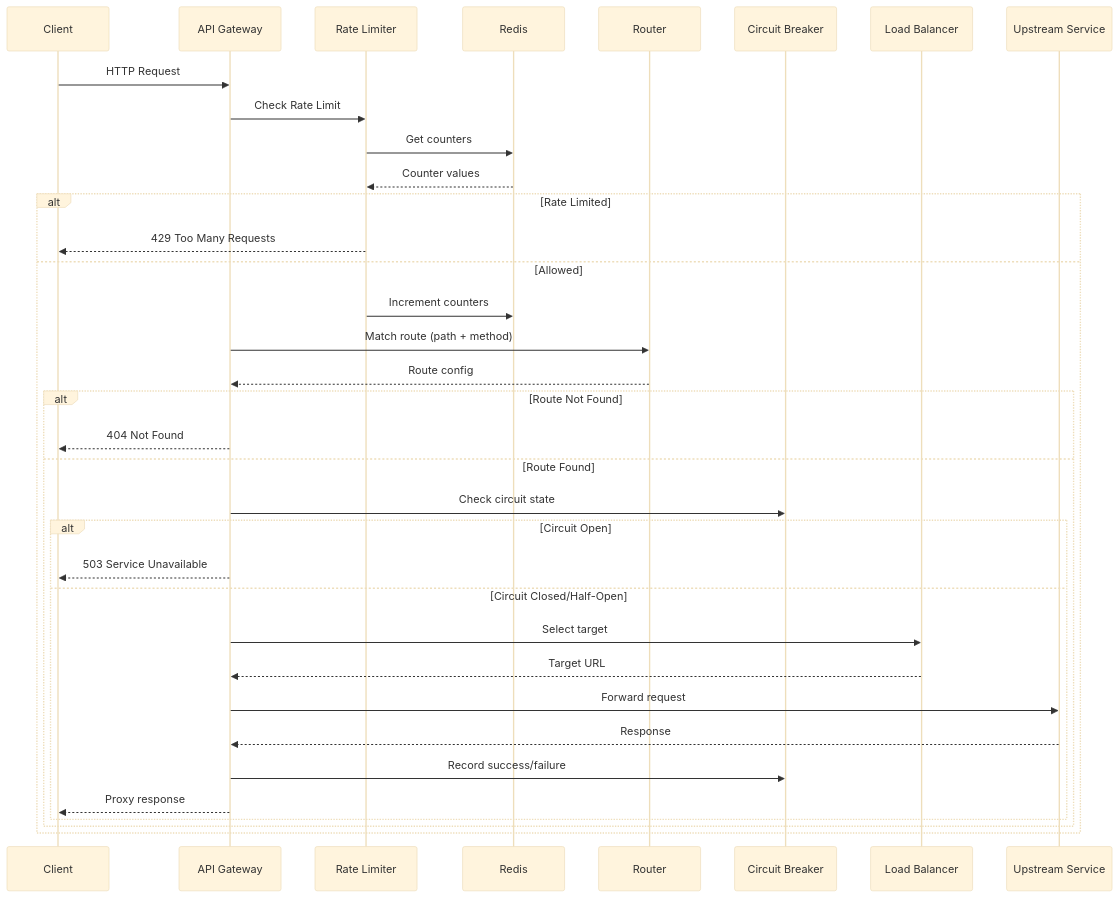
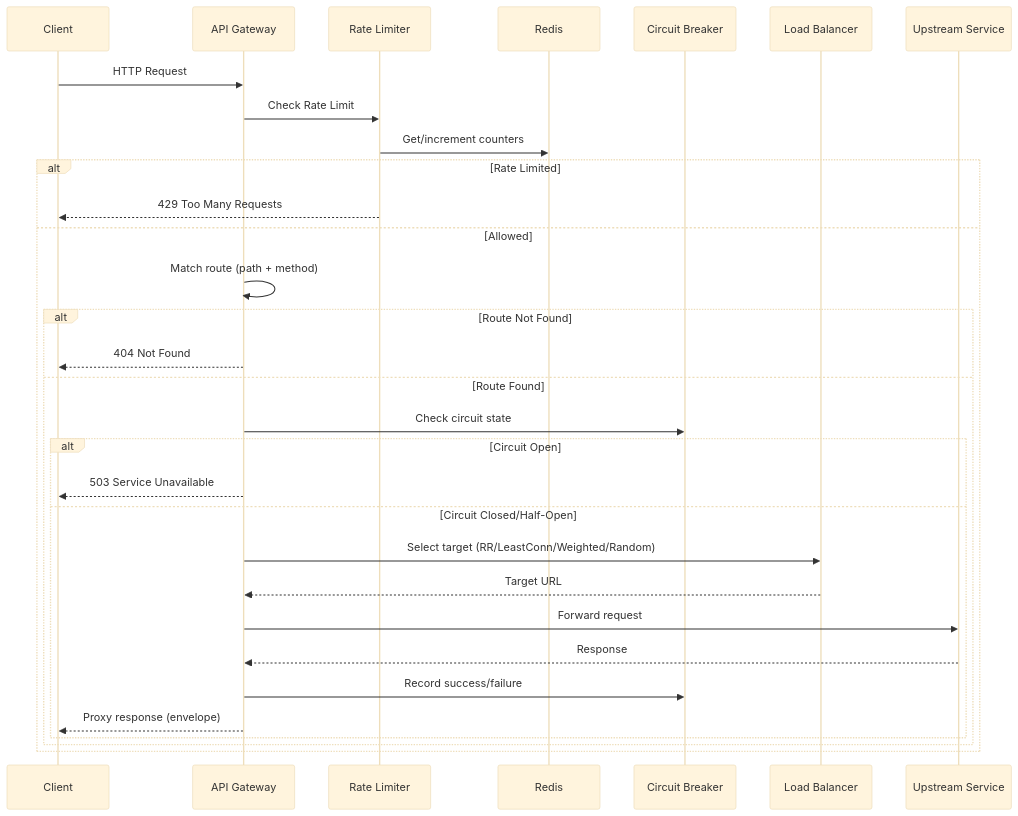
The fourth of 4 diagrams in README.md (mytoandeptrai/api-gateway-playground), drawn with Mermaid (base theme) before and after one commit. The commit also changed other lines of this file and 1 other file, not shown here.

````diff
--- a/README.md
+++ b/README.md
@@ -61,41 +140,34 @@
 ```mermaid
 sequenceDiagram
     participant C as Client
     participant GW as API Gateway
     participant RL as Rate Limiter
     participant RD as Redis
-    participant RT as Router
     participant CB as Circuit Breaker
     participant LB as Load Balancer
     participant US as Upstream Service
 
     C->>GW: HTTP Request
     GW->>RL: Check Rate Limit
-    RL->>RD: Get counters
-    RD-->>RL: Counter values
-
+    RL->>RD: Get/increment counters
     alt Rate Limited
         RL-->>C: 429 Too Many Requests
     else Allowed
-        RL->>RD: Increment counters
-        GW->>RT: Match route (path + method)
-        RT-->>GW: Route config
-
+        GW->>GW: Match route (path + method)
         alt Route Not Found
             GW-->>C: 404 Not Found
         else Route Found
             GW->>CB: Check circuit state
-
             alt Circuit Open
                 GW-->>C: 503 Service Unavailable
             else Circuit Closed/Half-Open
-                GW->>LB: Select target
+                GW->>LB: Select target (RR/LeastConn/Weighted/Random)
                 LB-->>GW: Target URL
                 GW->>US: Forward request
                 US-->>GW: Response
                 GW->>CB: Record success/failure
-                GW-->>C: Proxy response
+                GW-->>C: Proxy response (envelope)
             end
         end
     end
 ```
````
